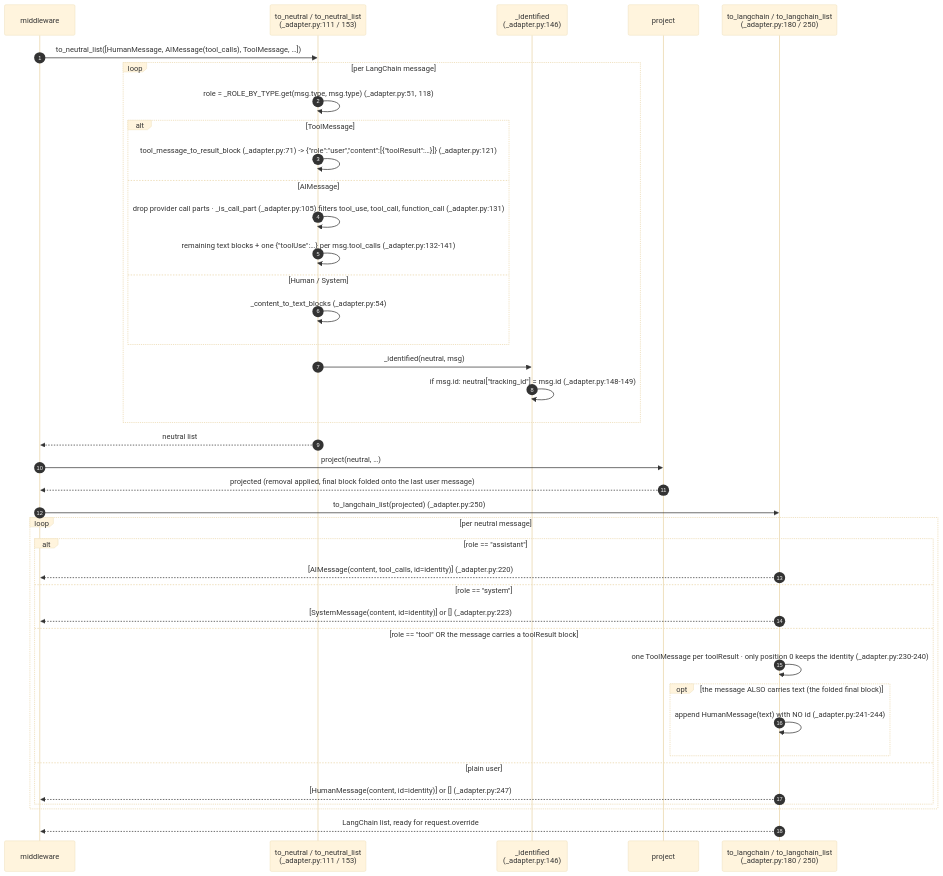
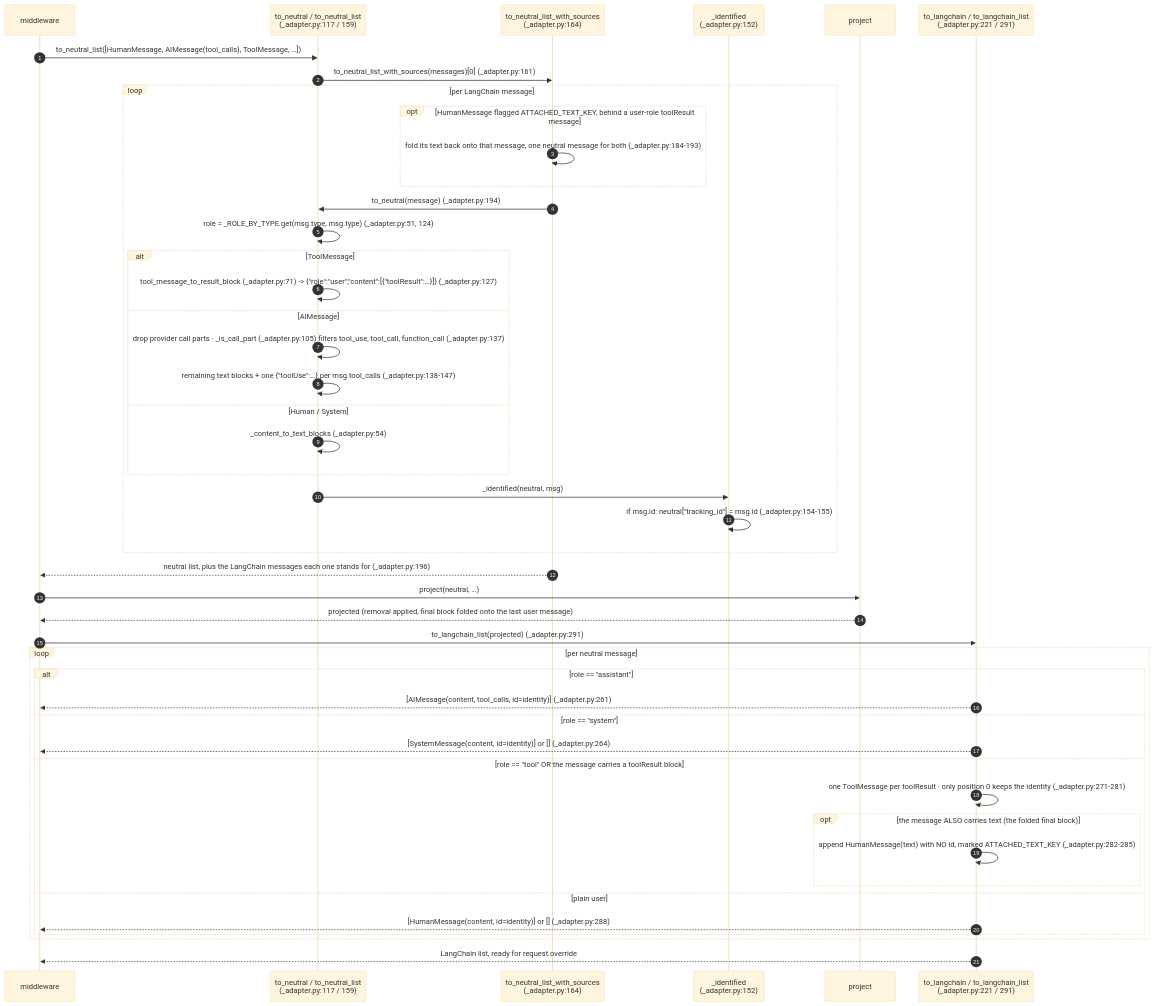
Before and after one commit to aws-samples/sample-context-engineering: the third of 7 diagrams in docs/design/sequence/langgraph/sequence-d-context-graph.md, drawn with Mermaid (base theme). The commit also changed other lines of this file and 4 other files, not shown here.

First line of the commit message:
docs(langgraph): benchmark result and diagrams re-anchored to the final code

````diff
--- a/docs/design/sequence/langgraph/sequence-d-context-graph.md
+++ b/docs/design/sequence/langgraph/sequence-d-context-graph.md
@@ -492,43 +513,49 @@
 ```mermaid
 sequenceDiagram
     autonumber
     participant MW as middleware
-    participant TN as to_neutral / to_neutral_list<br/>(_adapter.py:111 / 153)
-    participant ID as _identified<br/>(_adapter.py:146)
+    participant TN as to_neutral / to_neutral_list<br/>(_adapter.py:117 / 159)
+    participant SRC as to_neutral_list_with_sources<br/>(_adapter.py:164)
+    participant ID as _identified<br/>(_adapter.py:152)
     participant CORE as project
-    participant TL as to_langchain / to_langchain_list<br/>(_adapter.py:180 / 250)
+    participant TL as to_langchain / to_langchain_list<br/>(_adapter.py:221 / 291)
 
     MW->>TN: to_neutral_list([HumanMessage, AIMessage(tool_calls), ToolMessage, …])
+    TN->>SRC: to_neutral_list_with_sources(messages)[0] (_adapter.py:161)
     loop per LangChain message
-        TN->>TN: role = _ROLE_BY_TYPE.get(msg.type, msg.type) (_adapter.py:51, 118)
+        opt HumanMessage flagged ATTACHED_TEXT_KEY, behind a user-role toolResult message
+            SRC->>SRC: fold its text back onto that message, one neutral message for both (_adapter.py:184-193)
+        end
+        SRC->>TN: to_neutral(message) (_adapter.py:194)
+        TN->>TN: role = _ROLE_BY_TYPE.get(msg.type, msg.type) (_adapter.py:51, 124)
         alt ToolMessage
-            TN->>TN: tool_message_to_result_block (_adapter.py:71) -> {"role":"user","content":[{"toolResult":…}]} (_adapter.py:121)
+            TN->>TN: tool_message_to_result_block (_adapter.py:71) -> {"role":"user","content":[{"toolResult":…}]} (_adapter.py:127)
         else AIMessage
-            TN->>TN: drop provider call parts · _is_call_part (_adapter.py:105) filters tool_use, tool_call, function_call (_adapter.py:131)
-            TN->>TN: remaining text blocks + one {"toolUse":…} per msg.tool_calls (_adapter.py:132-141)
+            TN->>TN: drop provider call parts · _is_call_part (_adapter.py:105) filters tool_use, tool_call, function_call (_adapter.py:137)
+            TN->>TN: remaining text blocks + one {"toolUse":…} per msg.tool_calls (_adapter.py:138-147)
         else Human / System
             TN->>TN: _content_to_text_blocks (_adapter.py:54)
         end
         TN->>ID: _identified(neutral, msg)
-        ID->>ID: if msg.id: neutral["tracking_id"] = msg.id (_adapter.py:148-149)
+        ID->>ID: if msg.id: neutral["tracking_id"] = msg.id (_adapter.py:154-155)
     end
-    TN-->>MW: neutral list
+    SRC-->>MW: neutral list, plus the LangChain messages each one stands for (_adapter.py:196)
     MW->>CORE: project(neutral, …)
     CORE-->>MW: projected (removal applied, final block folded onto the last user message)
-    MW->>TL: to_langchain_list(projected) (_adapter.py:250)
+    MW->>TL: to_langchain_list(projected) (_adapter.py:291)
     loop per neutral message
         alt role == "assistant"
-            TL-->>MW: [AIMessage(content, tool_calls, id=identity)] (_adapter.py:220)
+            TL-->>MW: [AIMessage(content, tool_calls, id=identity)] (_adapter.py:261)
         else role == "system"
-            TL-->>MW: [SystemMessage(content, id=identity)] or [] (_adapter.py:223)
+            TL-->>MW: [SystemMessage(content, id=identity)] or [] (_adapter.py:264)
         else role == "tool" OR the message carries a toolResult block
-            TL->>TL: one ToolMessage per toolResult · only position 0 keeps the identity (_adapter.py:230-240)
+            TL->>TL: one ToolMessage per toolResult · only position 0 keeps the identity (_adapter.py:271-281)
             opt the message ALSO carries text (the folded final block)
-                TL->>TL: append HumanMessage(text) with NO id (_adapter.py:241-244)
+                TL->>TL: append HumanMessage(text) with NO id, marked ATTACHED_TEXT_KEY (_adapter.py:282-285)
             end
         else plain user
-            TL-->>MW: [HumanMessage(content, id=identity)] or [] (_adapter.py:247)
+            TL-->>MW: [HumanMessage(content, id=identity)] or [] (_adapter.py:288)
         end
     end
     TL-->>MW: LangChain list, ready for request.override
 ```
````
